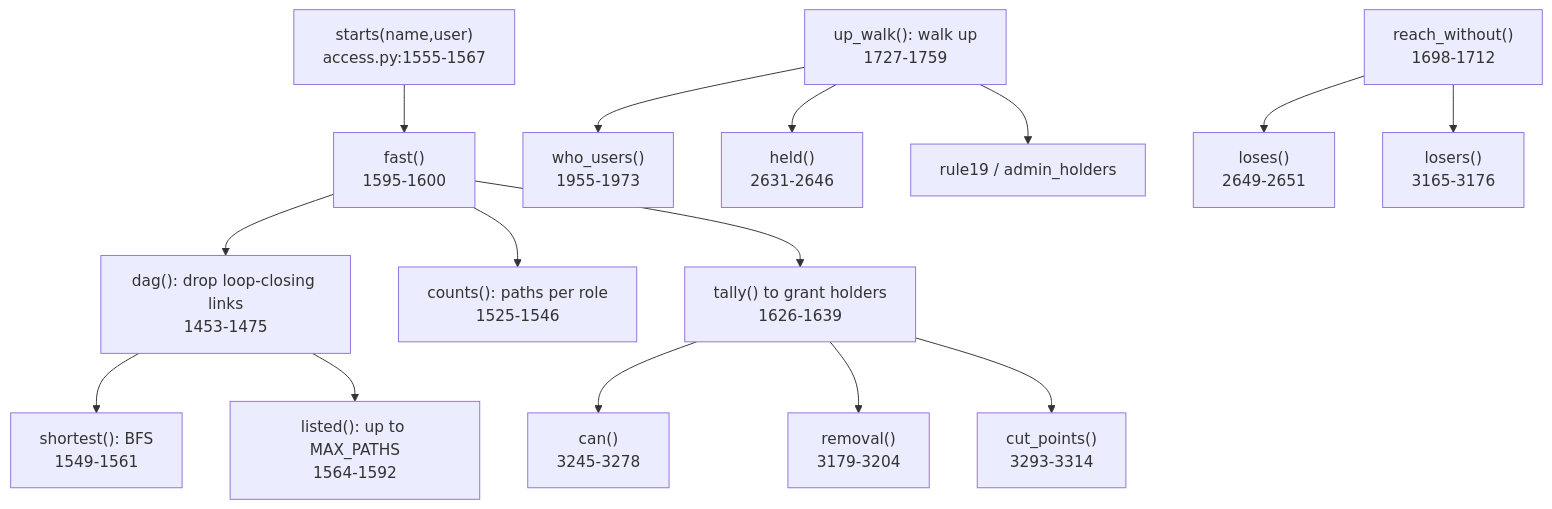
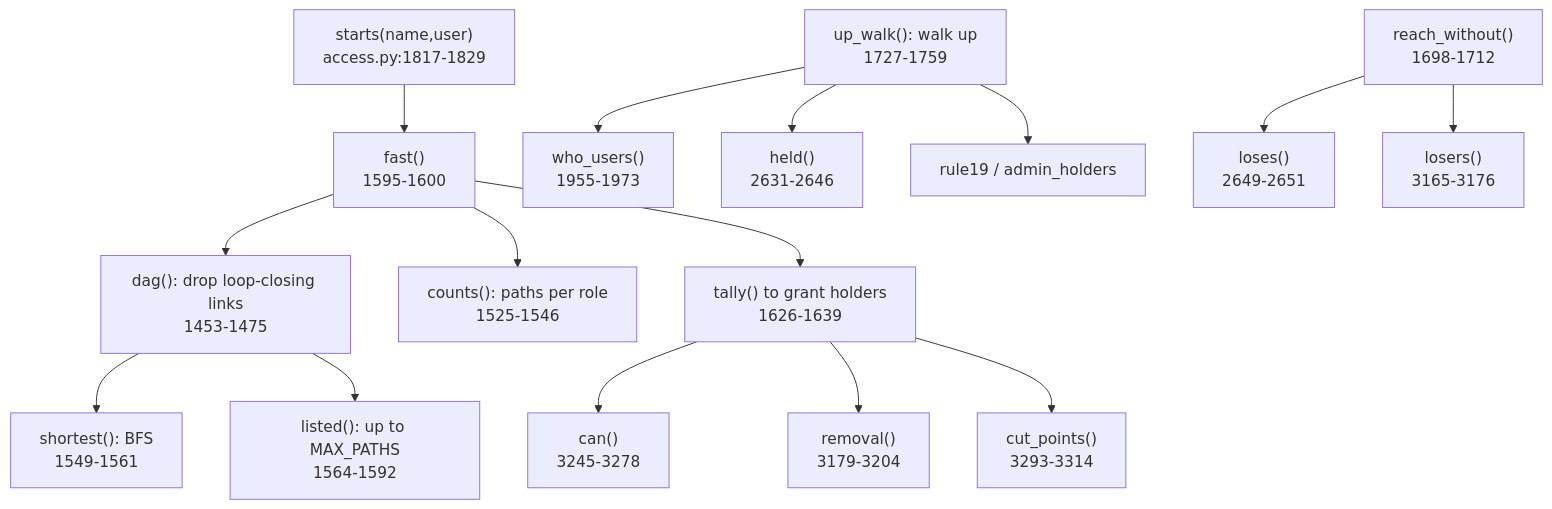
One commit to darshanmeel/snowflake-access-explorer changed the diagram in snowflake-access-explorer-knowledge-graph/logic/walks.md. Above: the diagram before and after it, drawn with Mermaid. The commit also changed other lines of this file and 79 other files, not shown here.

Commit message:
Knowledge graph: STATEMENT_TIMEOUT, WORKERS, ACTIVITY, HIERARCHY, progress lines, shared ACCESS_HISTORY read, procedure batching; node lines re-synced

````diff
--- a/snowflake-access-explorer-knowledge-graph/logic/walks.md
+++ b/snowflake-access-explorer-knowledge-graph/logic/walks.md
@@ -6,17 +6,17 @@
 ```mermaid
 flowchart TD
-  ST["starts(name,user)<br/>access.py:1555-1567"] --> FA["fast()<br/>1595-1600"]
+  ST["starts(name,user)<br/>access.py:1817-1829"] --> FA["fast()<br/>1595-1600"]
   FA --> DAG["dag(): drop loop-closing links<br/>1453-1475"]
   FA --> CNT["counts(): paths per role<br/>1525-1546"]
   DAG --> SH["shortest(): BFS<br/>1549-1561"]
   DAG --> LI["listed(): up to MAX_PATHS<br/>1564-1592"]
   FA --> TA["tally() to grant holders<br/>1626-1639"]
   TA --> CAN["can()<br/>3245-3278"]
   TA --> REM["removal()<br/>3179-3204"]
   TA --> CUT["cut_points()<br/>3293-3314"]
   UW["up_walk(): walk up<br/>1727-1759"] --> WU["who_users()<br/>1955-1973"]
   UW --> HE["held()<br/>2631-2646"]
   UW --> R19["rule19 / admin_holders"]
   RW["reach_without()<br/>1698-1712"] --> LO["loses()<br/>2649-2651"]
   RW --> LS["losers()<br/>3165-3176"]
 ```
````
